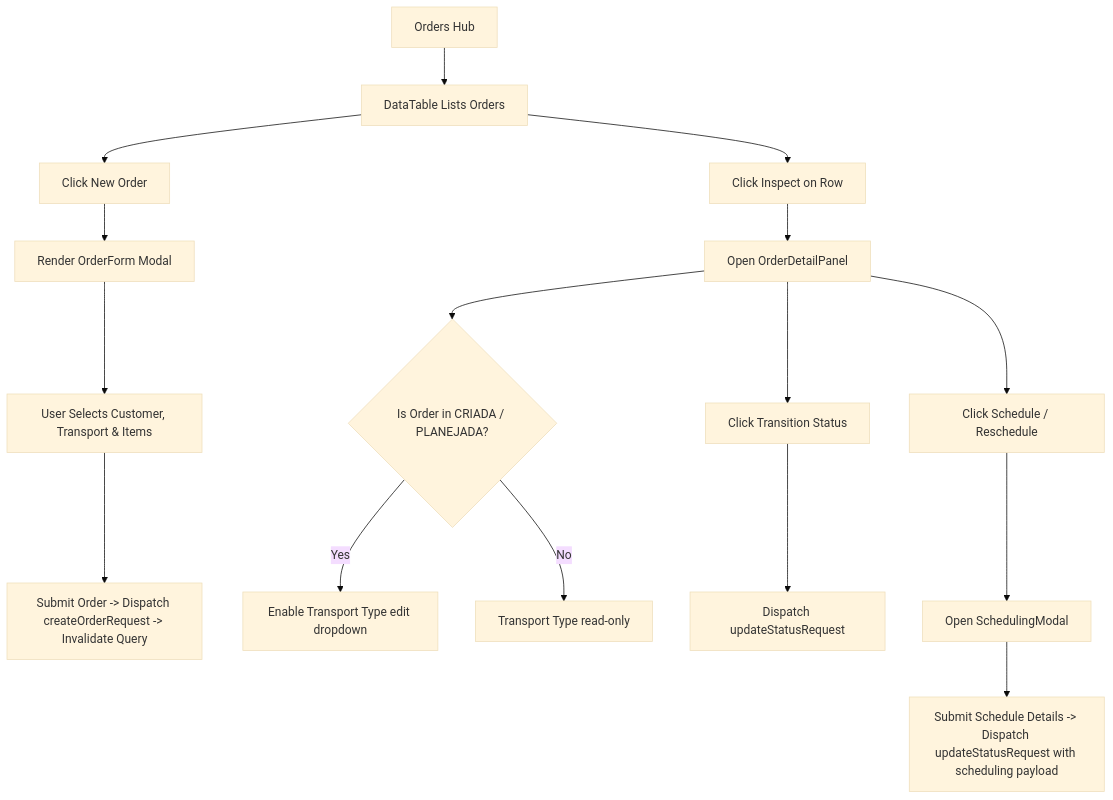
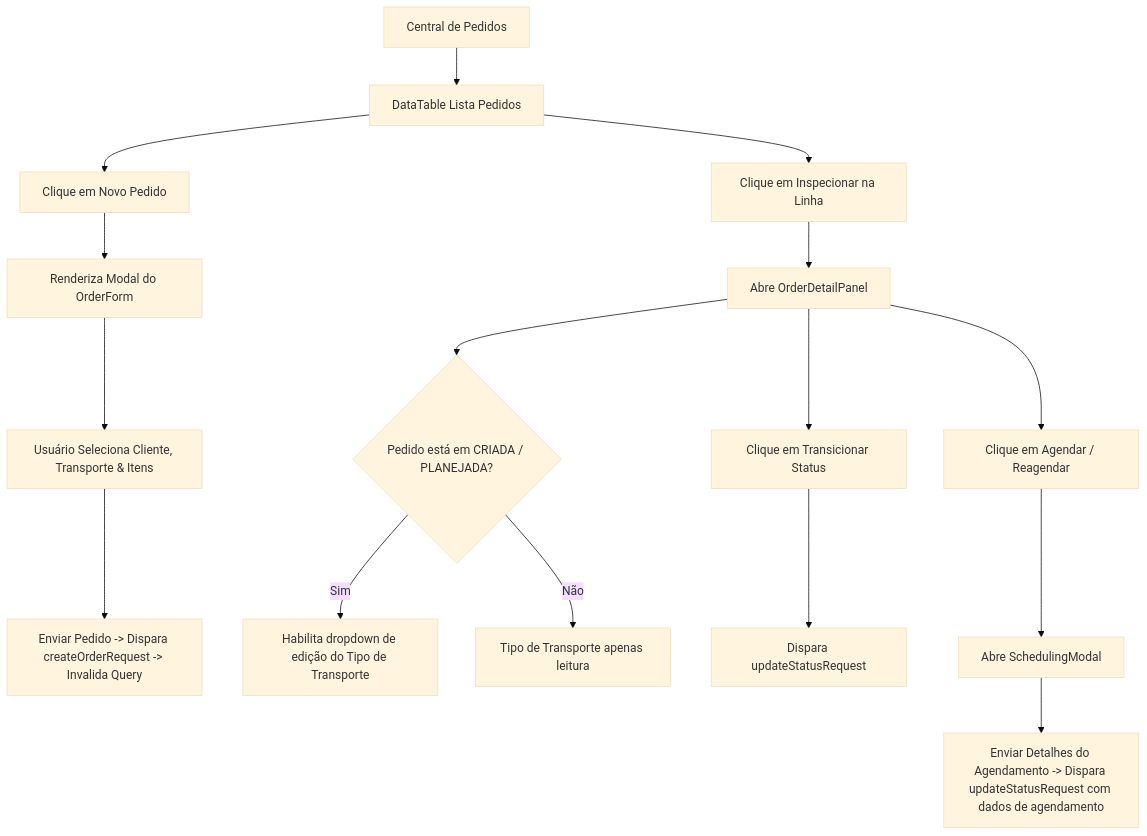
Before and after one commit to EdDevFront/sales-order-management-system: the diagram in docs/orders/README.md, drawn with Mermaid (base theme). The commit also changed other lines of this file and 5 other files, not shown here.

Commit message:
docs: translate documentation markdown and mermaid diagrams to Portuguese

````diff
--- a/docs/orders/README.md
+++ b/docs/orders/README.md
@@ -12,18 +12,18 @@
 ```mermaid
 graph TD
-    A[Orders Hub] --> B[DataTable Lists Orders]
-    B --> C[Click New Order]
-    C --> D[Render OrderForm Modal]
-    D --> E[User Selects Customer, Transport & Items]
-    E --> F[Submit Order -> Dispatch createOrderRequest -> Invalidate Query]
-    B --> G[Click Inspect on Row]
-    G --> H[Open OrderDetailPanel]
-    H --> I{Is Order in CRIADA / PLANEJADA?}
-    I -- Yes --> J[Enable Transport Type edit dropdown]
-    I -- No --> K[Transport Type read-only]
-    H --> L[Click Transition Status]
-    L --> M[Dispatch updateStatusRequest]
-    H --> N[Click Schedule / Reschedule]
-    N --> O[Open SchedulingModal]
-    O --> P[Submit Schedule Details -> Dispatch updateStatusRequest with scheduling payload]
+    A[Central de Pedidos] --> B[DataTable Lista Pedidos]
+    B --> C[Clique em Novo Pedido]
+    C --> D[Renderiza Modal do OrderForm]
+    D --> E[Usuário Seleciona Cliente, Transporte & Itens]
+    E --> F[Enviar Pedido -> Dispara createOrderRequest -> Invalida Query]
+    B --> G[Clique em Inspecionar na Linha]
+    G --> H[Abre OrderDetailPanel]
+    H --> I{Pedido está em CRIADA / PLANEJADA?}
+    I -- Sim --> J[Habilita dropdown de edição do Tipo de Transporte]
+    I -- Não --> K[Tipo de Transporte apenas leitura]
+    H --> L[Clique em Transicionar Status]
+    L --> M[Dispara updateStatusRequest]
+    H --> N[Clique em Agendar / Reagendar]
+    N --> O[Abre SchedulingModal]
+    O --> P[Enviar Detalhes do Agendamento -> Dispara updateStatusRequest com dados de agendamento]
 ```
````
